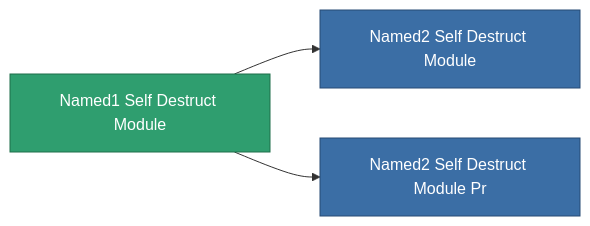
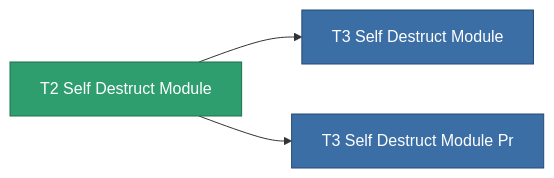
Before and after one commit to OpenPerpetuum/Wiki: the diagram in content/content/items/named1_self_destruct_module.md, drawn with Mermaid. The commit also changed other lines of this file and 4904 other files, not shown here.

````diff
--- a/content/content/items/named1_self_destruct_module.md
+++ b/content/content/items/named1_self_destruct_module.md
@@ -60,13 +46,13 @@
 ```mermaid
 graph LR
-    a["Named1 Self Destruct Module"]:::current
-    b["Named2 Self Destruct Module"]:::prod
+    a["T2 Self Destruct Module"]:::current
+    b["T3 Self Destruct Module"]:::prod
     a --> b
-    click b "/content/items/named2-self-destruct-module/" "Named2 Self Destruct Module"
-    c["Named2 Self Destruct Module Pr"]:::prod
+    click b "/content/items/named2-self-destruct-module/" "T3 Self Destruct Module"
+    c["T3 Self Destruct Module Pr"]:::prod
     a --> c
-    click c "/content/items/named2-self-destruct-module-pr/" "Named2 Self Destruct Module Pr"
+    click c "/content/items/named2-self-destruct-module-pr/" "T3 Self Destruct Module Pr"
     classDef current fill:#2f9e6f,stroke:#1f6f4a,color:#ffffff
     classDef prod fill:#3b6ea5,stroke:#274a75,color:#ffffff
     classDef more fill:#39445a,stroke:#54658a,color:#d5dbe8
 ```
````
